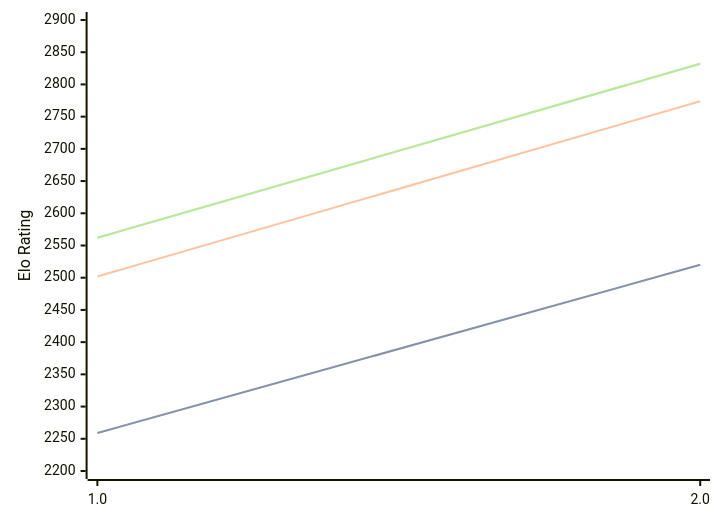
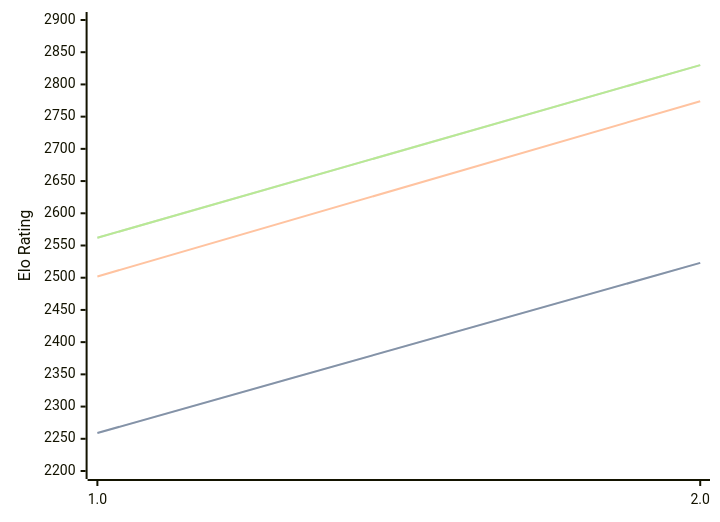
Before and after one commit to computer-chess-index/cci: the diagram in engines/Revolver.md, drawn with Mermaid. The commit also changed other lines of this file, not shown here.

Commit message:
Update CCI Ratings (ELO VLTC) - 2026-09-03

````diff
--- a/engines/Revolver.md
+++ b/engines/Revolver.md
@@ -32,11 +32,11 @@
 ```mermaid
 %%{init: {"theme":"base","themeVariables":{"seriesColors:['#a3a3a3','#222221','#faa371']}}}%%
 xychart-beta
   x-axis ["1.0", "2.0"]
   y-axis "Elo Rating" 2200 --> 2900
-  line "" [2259, 2520]
-  line "STC (8.0+0.08s)" [2259, 2520]
+  line "" [2259, 2523]
+  line "STC (8.0+0.08s)" [2259, 2523]
   line "LTC (60.0+0.60s)" [2502, 2774]
-  line "" [2562, 2832]
-  line "VLTC (2m24s+1.12s)" [2562, 2832]
+  line "" [2562, 2830]
+  line "VLTC (2m24s+1.12s)" [2562, 2830]
 ```
````
